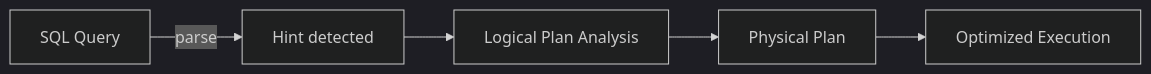
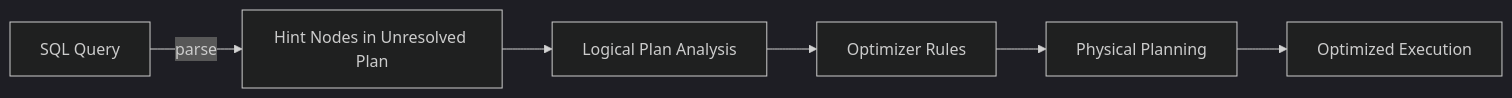
Before and after one commit to mahfooziiitian/spark-batch: the diagram in spark-sql/docs/join/hints/resolver.md, drawn with Mermaid (dark theme). The commit also changed other lines of this file and 223 other files, not shown here.

````diff
--- a/spark-sql/docs/join/hints/resolver.md
+++ b/spark-sql/docs/join/hints/resolver.md
@@ -9,7 +9,8 @@
 ```mermaid
-graph LR
-    SQL[SQL Query] -->|parse| H[Hint detected]
-    H --> LA[Logical Plan Analysis]
-    LA --> PP[Physical Plan]
+flowchart LR
+    SQL[SQL Query] -->|parse| HP[Hint Nodes in Unresolved Plan]
+    HP --> LA[Logical Plan Analysis]
+    LA --> OR[Optimizer Rules]
+    OR --> PP[Physical Planning]
     PP --> O[Optimized Execution]
 ```
````
